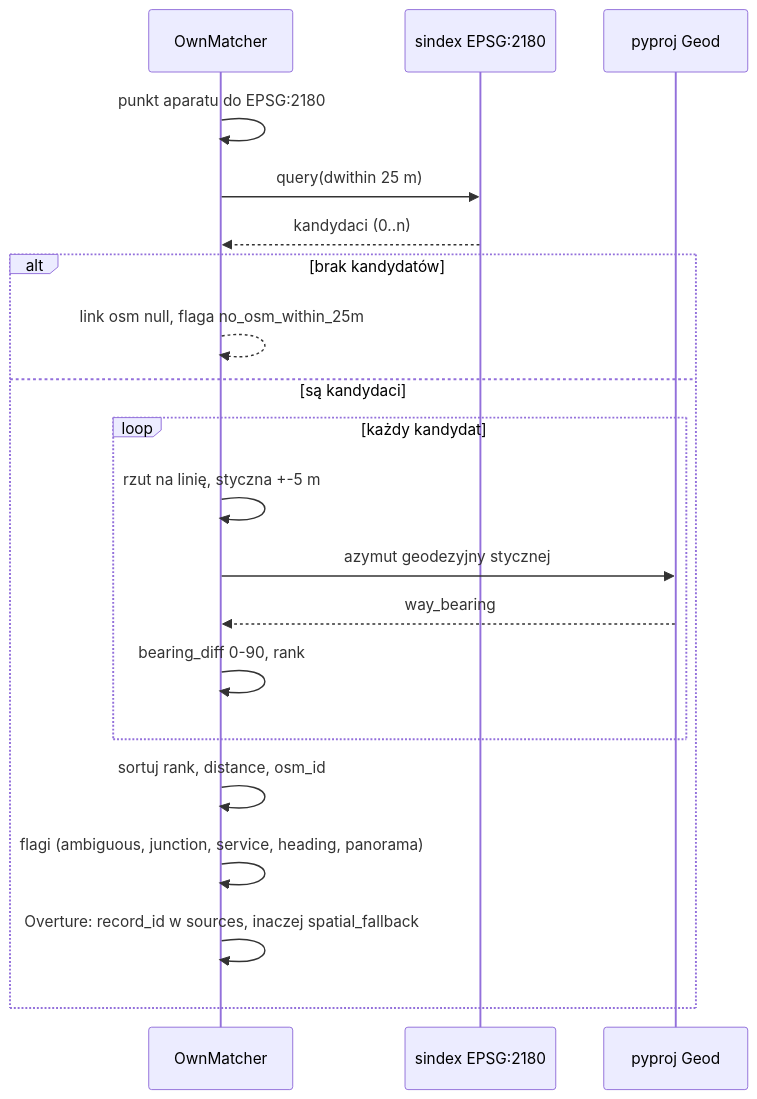
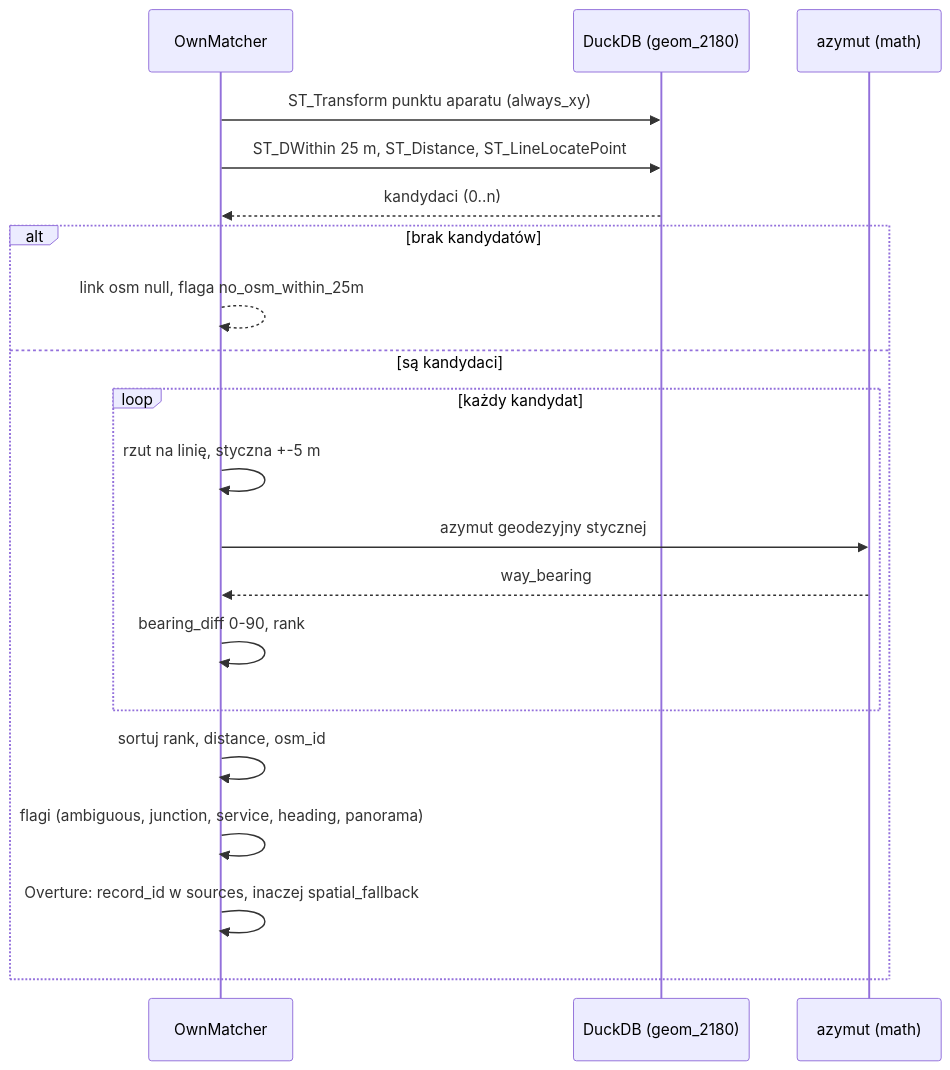
One commit to kamil02112026/jsystems-claude-codex-gis-2026-11_KL changed the second of 3 diagrams in docs/ADR/002-spatial-matching-and-normalization.md. Above: the diagram before and after it, drawn with Mermaid. The commit also changed other lines of this file and 3 other files, not shown here.

````diff
--- a/docs/ADR/002-spatial-matching-and-normalization.md
+++ b/docs/ADR/002-spatial-matching-and-normalization.md
@@ -257,22 +256,22 @@
 ```mermaid
 sequenceDiagram
   participant M as OwnMatcher
-  participant IDX as sindex EPSG:2180
-  participant G as pyproj Geod
-  M->>M: punkt aparatu do EPSG:2180
-  M->>IDX: query(dwithin 25 m)
+  participant IDX as DuckDB (geom_2180)
+  participant G as azymut (math)
+  M->>IDX: ST_Transform punktu aparatu (always_xy)
+  M->>IDX: ST_DWithin 25 m, ST_Distance, ST_LineLocatePoint
   IDX-->>M: kandydaci (0..n)
   alt brak kandydatów
     M-->>M: link osm null, flaga no_osm_within_25m
   else są kandydaci
     loop każdy kandydat
       M->>M: rzut na linię, styczna +-5 m
       M->>G: azymut geodezyjny stycznej
       G-->>M: way_bearing
       M->>M: bearing_diff 0-90, rank
     end
     M->>M: sortuj rank, distance, osm_id
     M->>M: flagi (ambiguous, junction, service, heading, panorama)
     M->>M: Overture: record_id w sources, inaczej spatial_fallback
   end
 ```
````
